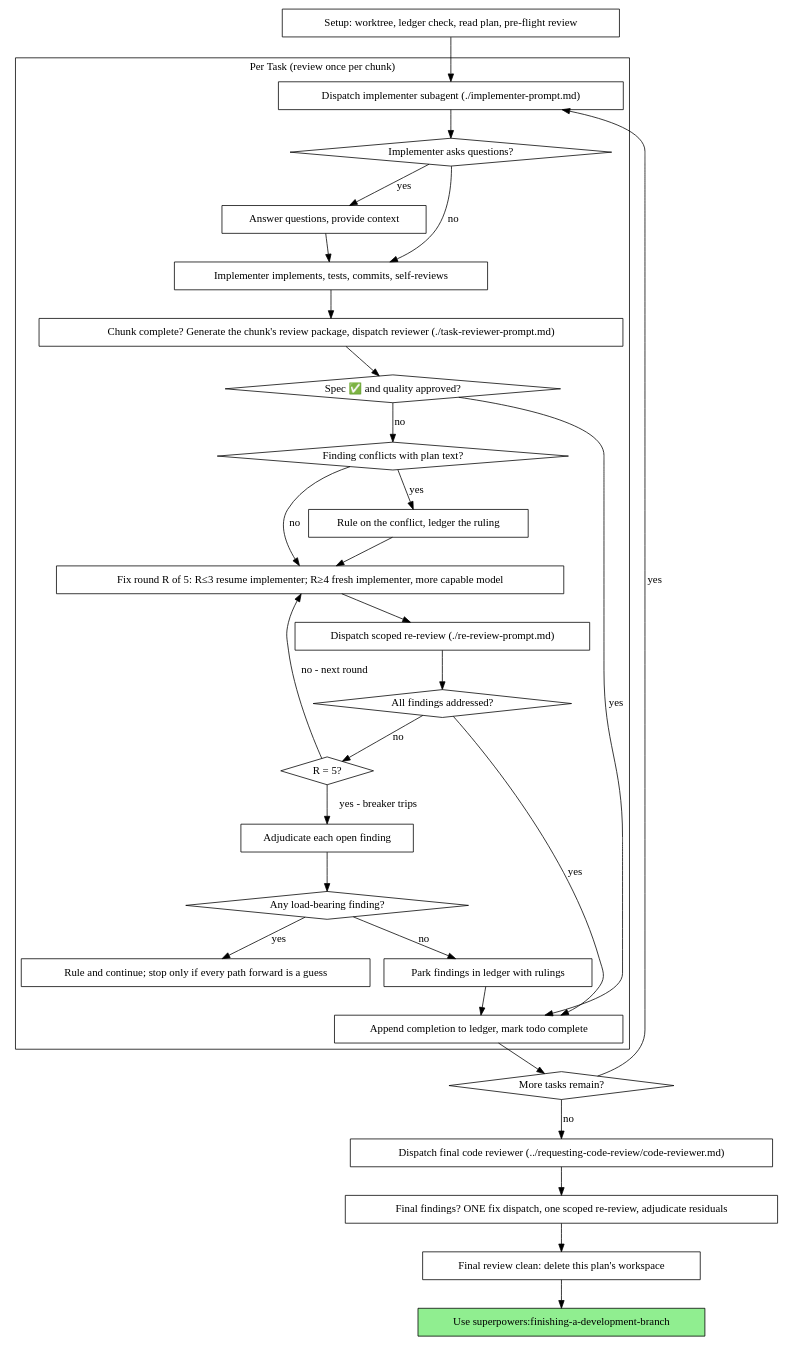
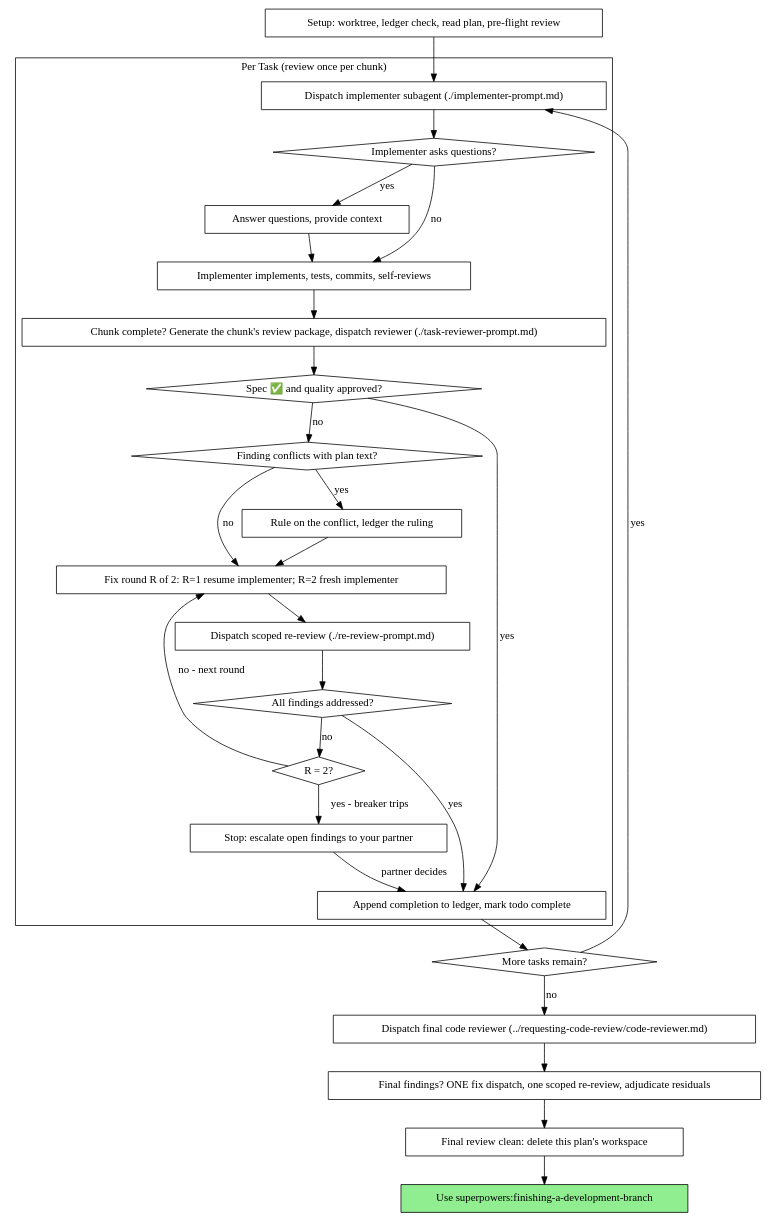
One commit to GGGGGANG/superpowers changed the second of 2 diagrams in skills/subagent-driven-development/SKILL.md. Above: the diagram before and after it, drawn with Graphviz. The commit also changed other lines of this file and 14 other files, not shown here.

````diff
--- a/skills/subagent-driven-development/SKILL.md
+++ b/skills/subagent-driven-development/SKILL.md
@@ -63,62 +65,56 @@
 ```dot
 digraph process {
     rankdir=TB;
 
     subgraph cluster_per_task {
         label="Per Task (review once per chunk)";
         "Dispatch implementer subagent (./implementer-prompt.md)" [shape=box];
         "Implementer asks questions?" [shape=diamond];
         "Answer questions, provide context" [shape=box];
         "Implementer implements, tests, commits, self-reviews" [shape=box];
         "Chunk complete? Generate the chunk's review package, dispatch reviewer (./task-reviewer-prompt.md)" [shape=box];
         "Spec ✅ and quality approved?" [shape=diamond];
         "Finding conflicts with plan text?" [shape=diamond];
         "Rule on the conflict, ledger the ruling" [shape=box];
-        "Fix round R of 5: R≤3 resume implementer; R≥4 fresh implementer, more capable model" [shape=box];
+        "Fix round R of 2: R=1 resume implementer; R=2 fresh implementer" [shape=box];
         "Dispatch scoped re-review (./re-review-prompt.md)" [shape=box];
         "All findings addressed?" [shape=diamond];
-        "R = 5?" [shape=diamond];
-        "Adjudicate each open finding" [shape=box];
-        "Any load-bearing finding?" [shape=diamond];
-        "Rule and continue; stop only if every path forward is a guess" [shape=box];
-        "Park findings in ledger with rulings" [shape=box];
+        "R = 2?" [shape=diamond];
+        "Stop: escalate open findings to your partner" [shape=box];
         "Append completion to ledger, mark todo complete" [shape=box];
     }
 
     "Setup: worktree, ledger check, read plan, pre-flight review" [shape=box];
     "More tasks remain?" [shape=diamond];
     "Dispatch final code reviewer (../requesting-code-review/code-reviewer.md)" [shape=box];
     "Final findings? ONE fix dispatch, one scoped re-review, adjudicate residuals" [shape=box];
     "Final review clean: delete this plan's workspace" [shape=box];
     "Use superpowers:finishing-a-development-branch" [shape=box style=filled fillcolor=lightgreen];
 
     "Setup: worktree, ledger check, read plan, pre-flight review" -> "Dispatch implementer subagent (./implementer-prompt.md)";
     "Dispatch implementer subagent (./implementer-prompt.md)" -> "Implementer asks questions?";
     "Implementer asks questions?" -> "Answer questions, provide context" [label="yes"];
     "Answer questions, provide context" -> "Implementer implements, tests, commits, self-reviews";
     "Implementer asks questions?" -> "Implementer implements, tests, commits, self-reviews" [label="no"];
     "Implementer implements, tests, commits, self-reviews" -> "Chunk complete? Generate the chunk's review package, dispatch reviewer (./task-reviewer-prompt.md)";
     "Chunk complete? Generate the chunk's review package, dispatch reviewer (./task-reviewer-prompt.md)" -> "Spec ✅ and quality approved?";
     "Spec ✅ and quality approved?" -> "Append completion to ledger, mark todo complete" [label="yes"];
     "Spec ✅ and quality approved?" -> "Finding conflicts with plan text?" [label="no"];
     "Finding conflicts with plan text?" -> "Rule on the conflict, ledger the ruling" [label="yes"];
-    "Rule on the conflict, ledger the ruling" -> "Fix round R of 5: R≤3 resume implementer; R≥4 fresh implementer, more capable model";
-    "Finding conflicts with plan text?" -> "Fix round R of 5: R≤3 resume implementer; R≥4 fresh implementer, more capable model" [label="no"];
-    "Fix round R of 5: R≤3 resume implementer; R≥4 fresh implementer, more capable model" -> "Dispatch scoped re-review (./re-review-prompt.md)";
+    "Rule on the conflict, ledger the ruling" -> "Fix round R of 2: R=1 resume implementer; R=2 fresh implementer";
+    "Finding conflicts with plan text?" -> "Fix round R of 2: R=1 resume implementer; R=2 fresh implementer" [label="no"];
+    "Fix round R of 2: R=1 resume implementer; R=2 fresh implementer" -> "Dispatch scoped re-review (./re-review-prompt.md)";
     "Dispatch scoped re-review (./re-review-prompt.md)" -> "All findings addressed?";
     "All findings addressed?" -> "Append completion to ledger, mark todo complete" [label="yes"];
-    "All findings addressed?" -> "R = 5?" [label="no"];
-    "R = 5?" -> "Fix round R of 5: R≤3 resume implementer; R≥4 fresh implementer, more capable model" [label="no - next round"];
-    "R = 5?" -> "Adjudicate each open finding" [label="yes - breaker trips"];
-    "Adjudicate each open finding" -> "Any load-bearing finding?";
-    "Any load-bearing finding?" -> "Rule and continue; stop only if every path forward is a guess" [label="yes"];
-    "Any load-bearing finding?" -> "Park findings in ledger with rulings" [label="no"];
-    "Park findings in ledger with rulings" -> "Append completion to ledger, mark todo complete";
+    "All findings addressed?" -> "R = 2?" [label="no"];
+    "R = 2?" -> "Fix round R of 2: R=1 resume implementer; R=2 fresh implementer" [label="no - next round"];
+    "R = 2?" -> "Stop: escalate open findings to your partner" [label="yes - breaker trips"];
+    "Stop: escalate open findings to your partner" -> "Append completion to ledger, mark todo complete" [label="partner decides"];
     "Append completion to ledger, mark todo complete" -> "More tasks remain?";
     "More tasks remain?" -> "Dispatch implementer subagent (./implementer-prompt.md)" [label="yes"];
     "More tasks remain?" -> "Dispatch final code reviewer (../requesting-code-review/code-reviewer.md)" [label="no"];
     "Dispatch final code reviewer (../requesting-code-review/code-reviewer.md)" -> "Final findings? ONE fix dispatch, one scoped re-review, adjudicate residuals";
     "Final findings? ONE fix dispatch, one scoped re-review, adjudicate residuals" -> "Final review clean: delete this plan's workspace";
     "Final review clean: delete this plan's workspace" -> "Use superpowers:finishing-a-development-branch";
 }
 ```
````
